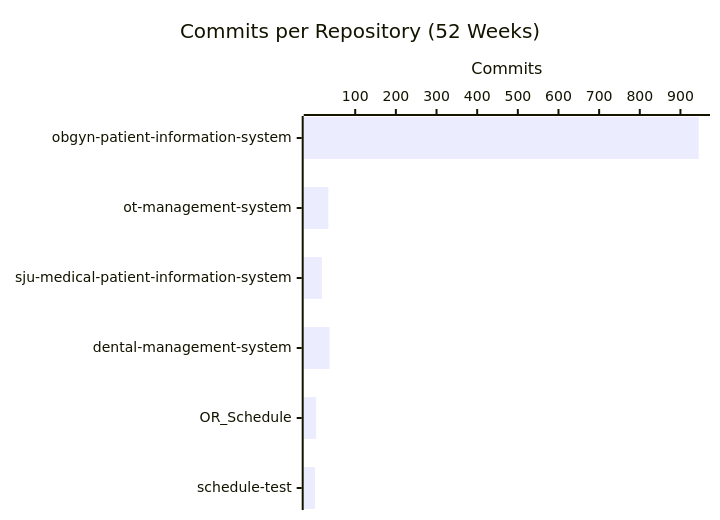
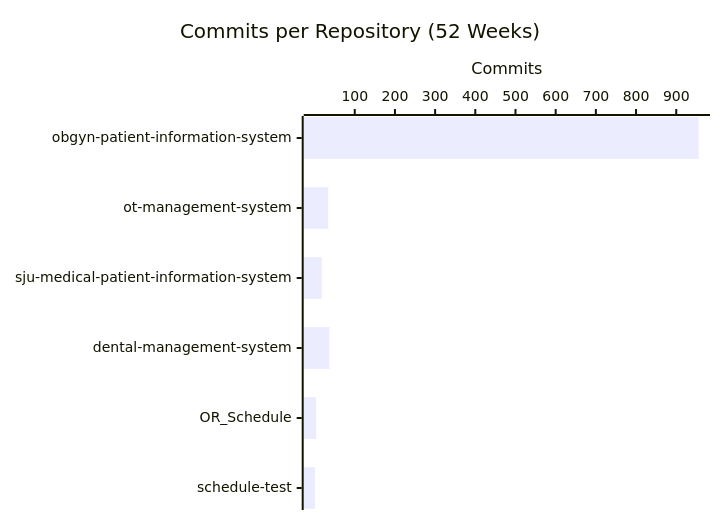
The second of 4 diagrams in profile/README.md (CSTH-Projects/.github), drawn with Mermaid before and after one commit. The commit also changed other lines of this file, not shown here.

````diff
--- a/profile/README.md
+++ b/profile/README.md
@@ -24,7 +24,7 @@
 ```mermaid
 xychart-beta horizontal
     title "Commits per Repository (52 Weeks)"
     x-axis ["obgyn-patient-information-system", "ot-management-system", "sju-medical-patient-information-system", "dental-management-system", "OR_Schedule", "schedule-test"]
     y-axis "Commits"
-    bar [945, 34, 18, 37, 4, 1]
+    bar [956, 34, 18, 37, 4, 1]
 ```
````
